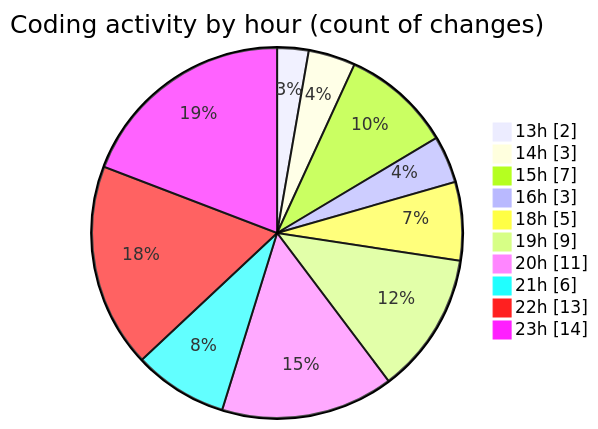
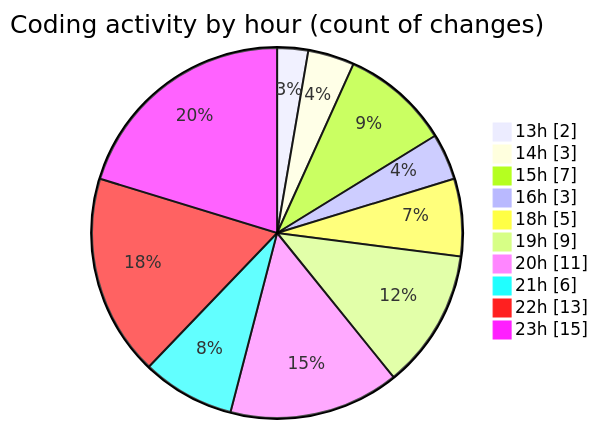
The second of 2 diagrams in 2025-11-14/cdp_aleoudev_fr__workspace_/README.md (julien-gomy/code-tracking), drawn with Mermaid before and after one commit. The commit also changed other lines of this file and 1 other file, not shown here.

````diff
--- a/2025-11-14/cdp_aleoudev_fr__workspace_/README.md
+++ b/2025-11-14/cdp_aleoudev_fr__workspace_/README.md
@@ -46,14 +47,14 @@
 ```mermaid
 pie showData
 title Coding activity by hour (count of changes)
 "13h" : 2
 "14h" : 3
 "15h" : 7
 "16h" : 3
 "18h" : 5
 "19h" : 9
 "20h" : 11
 "21h" : 6
 "22h" : 13
-"23h" : 14
+"23h" : 15
 ```
````
